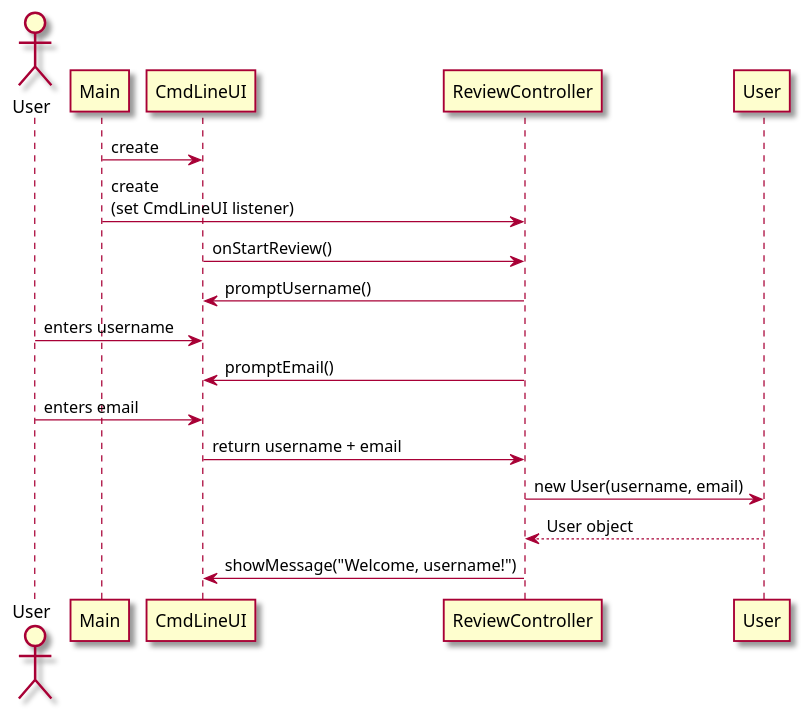
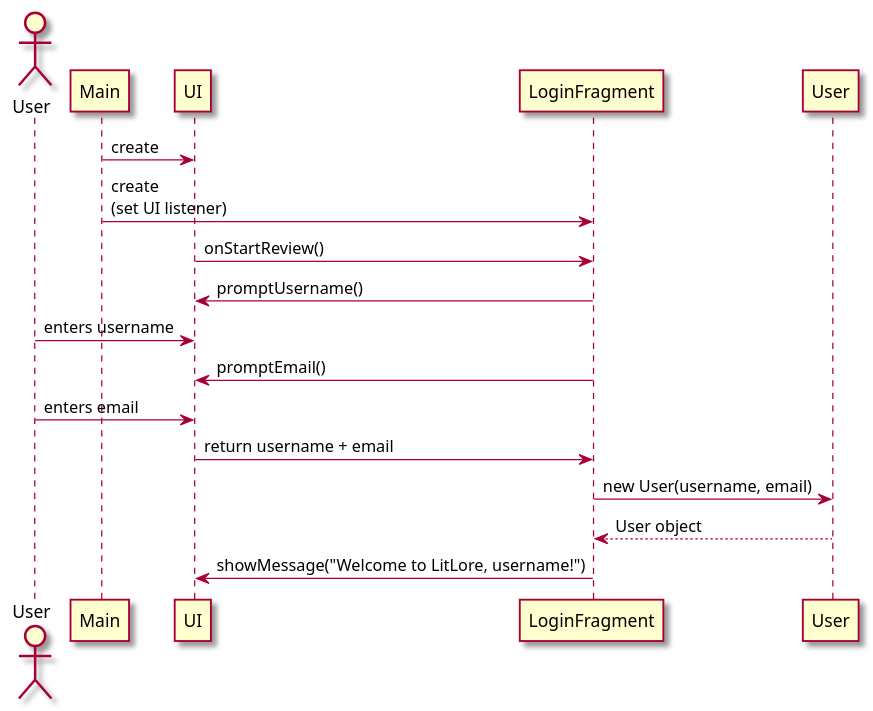
Before and after one commit to Khurshid03/team-2b: the third of 3 diagrams in intellij/doc/use-cases/authenticate-user.md, drawn with PlantUML. The commit also changed other lines of this file and 17 other files, not shown here.

````diff
--- a/intellij/doc/use-cases/authenticate-user.md
+++ b/intellij/doc/use-cases/authenticate-user.md
@@ -93,29 +93,29 @@
 ```plantuml
 @startuml
 
 skin rose 
 
 actor User
 participant Main
-participant CmdLineUI
-participant ReviewController
+participant UI
+participant LoginFragment
 participant UserModel as "User"
 
-Main -> CmdLineUI : create
-Main -> ReviewController : create\n(set CmdLineUI listener)
+Main -> UI : create
+Main -> LoginFragment : create\n(set UI listener)
 
-CmdLineUI -> ReviewController : onStartReview()
-ReviewController -> CmdLineUI : promptUsername()
-User -> CmdLineUI : enters username
+UI -> LoginFragment : onStartReview()
+LoginFragment -> UI : promptUsername()
+User -> UI : enters username
 
-ReviewController -> CmdLineUI : promptEmail()
-User -> CmdLineUI : enters email
+LoginFragment -> UI : promptEmail()
+User -> UI : enters email
 
-CmdLineUI -> ReviewController : return username + email
-ReviewController -> UserModel : new User(username, email)
-UserModel --> ReviewController : User object
-ReviewController -> CmdLineUI : showMessage("Welcome, username!")
+UI -> LoginFragment : return username + email
+LoginFragment -> UserModel : new User(username, email)
+UserModel --> LoginFragment : User object
+LoginFragment -> UI : showMessage("Welcome to LitLore, username!")
 
 @enduml
 
 ```
````
